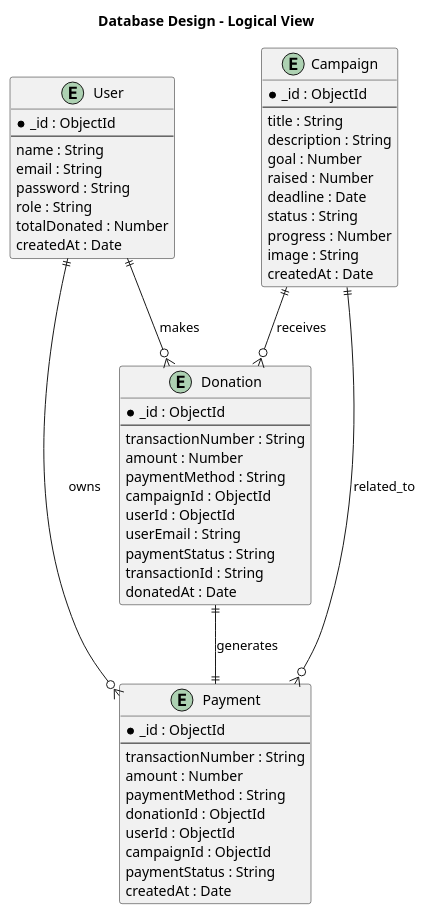
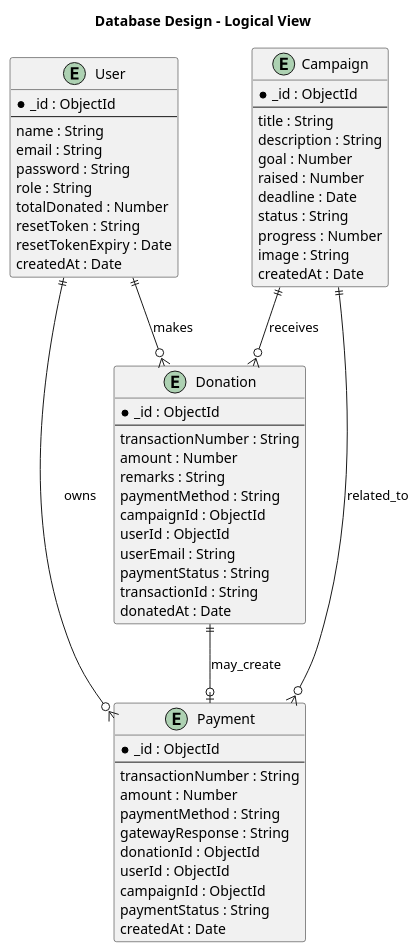
One commit to bhattacharyaArnab03/CROWD-FUNDING-APPLICATION changed the fifth of 6 diagrams in README.md. Above: the diagram before and after it, drawn with PlantUML. The commit also changed other lines of this file and 11 other files, not shown here.

````diff
--- a/README.md
+++ b/README.md
@@ -538,64 +647,68 @@
 ```plantuml
 @startuml
 title Database Design - Logical View
 
 entity User {
   * _id : ObjectId
   --
   name : String
   email : String
   password : String
   role : String
   totalDonated : Number
+  resetToken : String
+  resetTokenExpiry : Date
   createdAt : Date
 }
 
 entity Campaign {
   * _id : ObjectId
   --
   title : String
   description : String
   goal : Number
   raised : Number
   deadline : Date
   status : String
   progress : Number
   image : String
   createdAt : Date
 }
 
 entity Donation {
   * _id : ObjectId
   --
   transactionNumber : String
   amount : Number
+  remarks : String
   paymentMethod : String
   campaignId : ObjectId
   userId : ObjectId
   userEmail : String
   paymentStatus : String
   transactionId : String
   donatedAt : Date
 }
 
 entity Payment {
   * _id : ObjectId
   --
   transactionNumber : String
   amount : Number
   paymentMethod : String
+  gatewayResponse : String
   donationId : ObjectId
   userId : ObjectId
   campaignId : ObjectId
   paymentStatus : String
   createdAt : Date
 }
 
 User ||--o{ Donation : makes
 Campaign ||--o{ Donation : receives
-Donation ||--|| Payment : generates
+Donation ||--o| Payment : may_create
 User ||--o{ Payment : owns
 Campaign ||--o{ Payment : related_to
 
 @enduml
 ```
````
